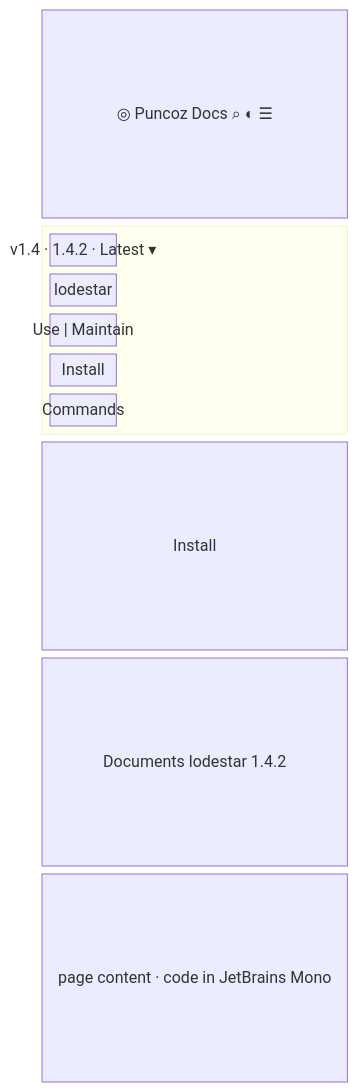
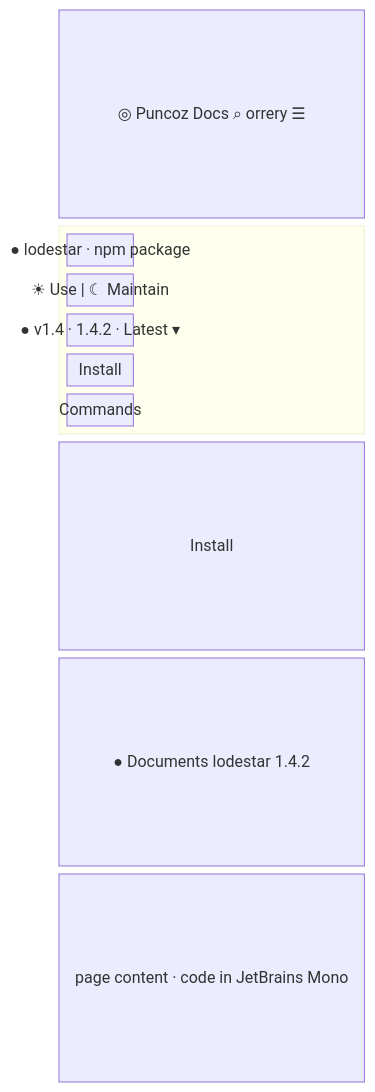
Before and after one commit to nepal-dev-com/docs.nepal-dev.com: the fourth of 8 diagrams in content/docs/maintain/app-flow/site-pages.mdx, drawn with Mermaid. The commit also changed other lines of this file and 63 other files, not shown here.

````diff
--- a/content/docs/maintain/app-flow/site-pages.mdx
+++ b/content/docs/maintain/app-flow/site-pages.mdx
@@ -131,16 +136,16 @@
 ```mermaid
 block-beta
   columns 4
-  hdr["◎ Puncoz Docs   ⌕ ◐ ☰"]:4
+  hdr["◎ Puncoz Docs   ⌕ orrery ☰"]:4
   block:drawer:4
     columns 4
-    ver["v1.4 · 1.4.2 · Latest ▾"]:4
-    name["lodestar"]:4
-    track["Use | Maintain"]:4
+    chip["● lodestar · npm package"]:4
+    track["☀ Use | ☾ Maintain"]:4
+    ver["● v1.4 · 1.4.2 · Latest ▾"]:4
     l1["Install"]:4
     l2["Commands"]:4
   end
   h1["Install"]:4
-  stated["Documents lodestar 1.4.2"]:4
+  stated["● Documents lodestar 1.4.2"]:4
   body["page content · code in JetBrains Mono"]:4
 ```
````
